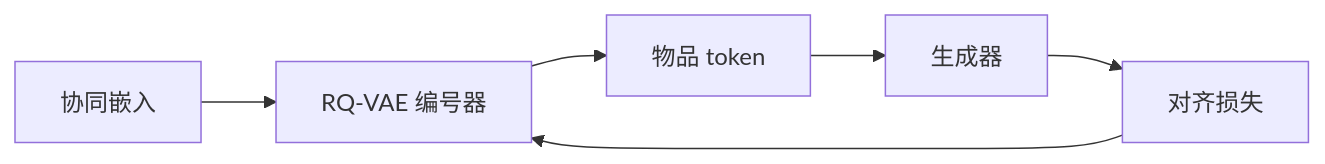
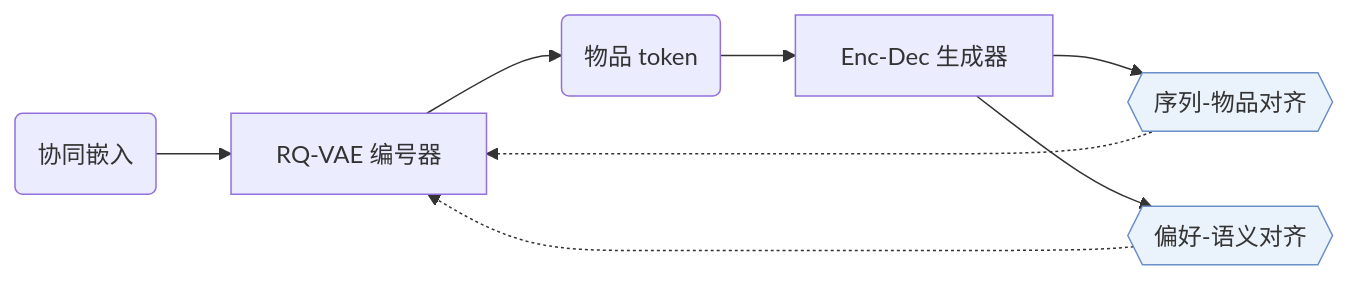
One commit to Galaxy-ghost/Awesome-SID-Generative-Rec changed the first of 2 diagrams in notes/zh/etegrec.md. Above: the diagram before and after it, drawn with Mermaid. The commit also changed other lines of this file and 521 other files, not shown here.

Commit message:
writer-04 part 3: algorithm diagrams with shared shape conventions, README hero and paper cards, archive removed

````diff
--- a/notes/zh/etegrec.md
+++ b/notes/zh/etegrec.md
@@ -13,8 +13,11 @@
 ```mermaid
 flowchart LR
-    A[协同嵌入] --> B[RQ-VAE 编号器]
-    B --> C[物品 token]
-    C --> D[生成器]
-    D --> E[对齐损失]
-    E --> B
+    A("协同嵌入") --> B["RQ-VAE 编号器"]
+    B --> C("物品 token")
+    C --> D["Enc-Dec 生成器"]
+    D --> L1{{"序列-物品对齐"}}:::key
+    D --> L2{{"偏好-语义对齐"}}:::key
+    L1 -.-> B
+    L2 -.-> B
+    classDef key fill:#eaf2fb,stroke:#6b8fc7
 ```
````
